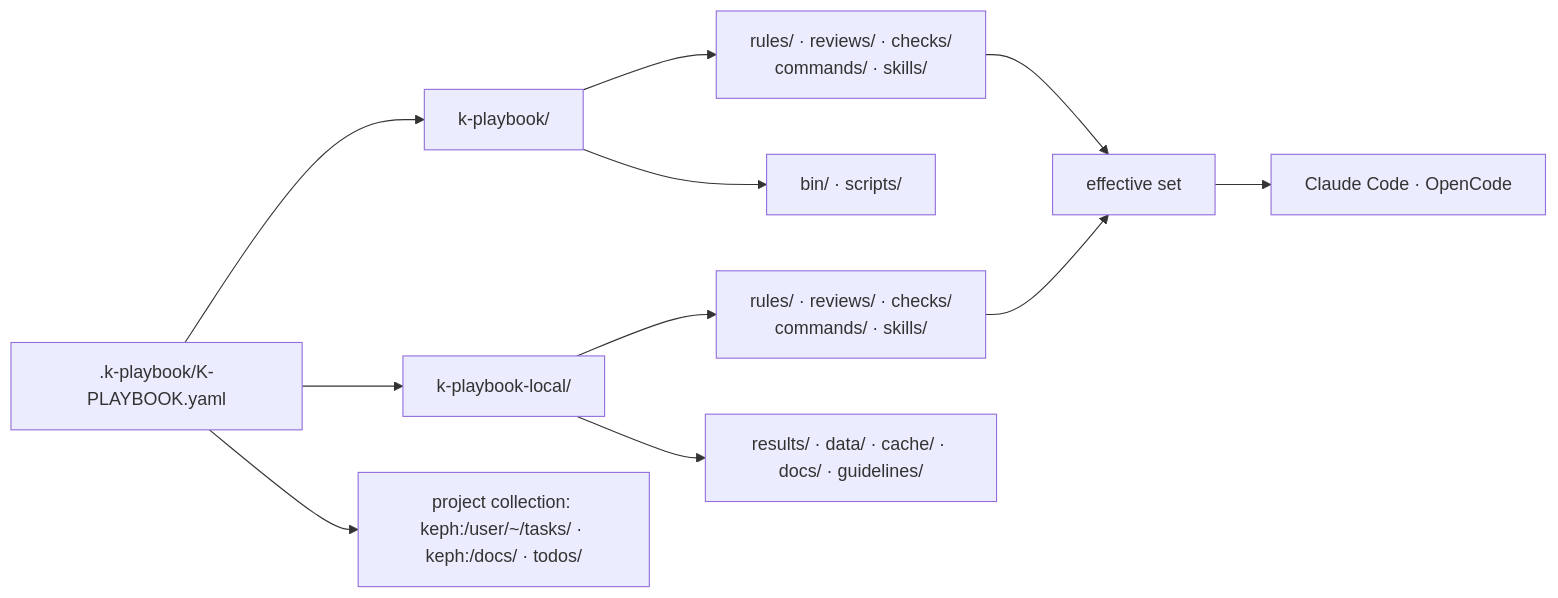
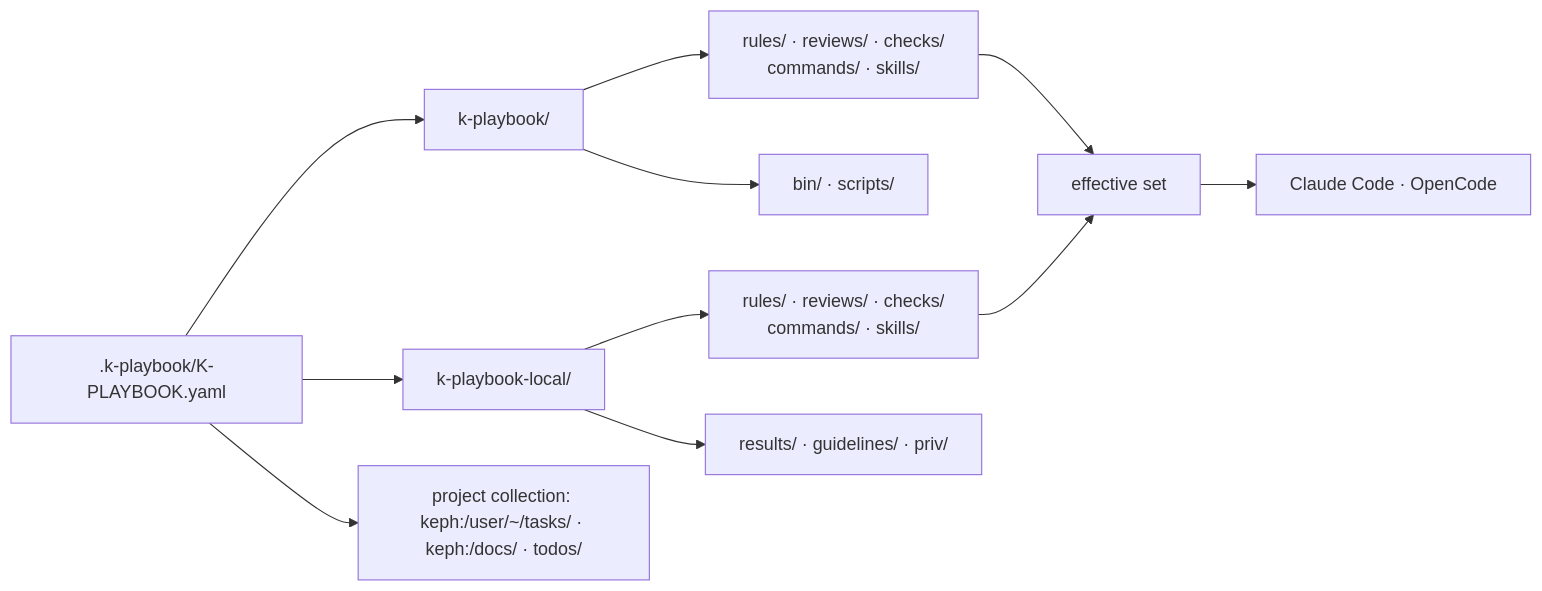
The first of 3 diagrams in docs/manual.md (kascada/k-playbook), drawn with Mermaid before and after one commit. The commit also changed other lines of this file and 51 other files, not shown here.

````diff
--- a/docs/manual.md
+++ b/docs/manual.md
@@ -42,17 +42,17 @@
 ```mermaid
 flowchart LR
     Anchor[".k-playbook/K-PLAYBOOK.yaml"] --> Playbook["k-playbook/"]
     Anchor --> Local["k-playbook-local/"]
 
     Playbook --> Base["rules/ · reviews/ · checks/<br>commands/ · skills/"]
     Playbook --> Tool["bin/ · scripts/"]
 
     Local --> Overlay["rules/ · reviews/ · checks/<br>commands/ · skills/"]
-    Local --> Artifacts["results/ · data/ · cache/ · docs/ · guidelines/"]
+    Local --> Artifacts["results/ · guidelines/ · priv/"]
     Anchor --> Collection["project collection: keph:/user/~/tasks/ · keph:/docs/ · todos/"]
 
     Base --> Effective["effective set"]
     Overlay --> Effective
 
     Effective --> Assistant["Claude Code · OpenCode"]
 ```
````
